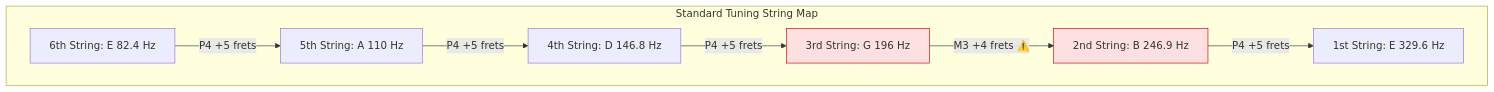
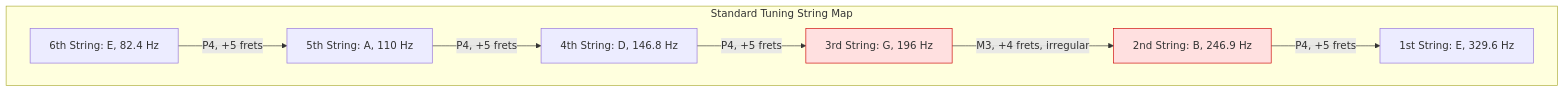
The third of 6 diagrams in topics/arts/music_performance/guitar/lesson_03_scales_and_modes.md (blebleblee/synapse), drawn with Mermaid before and after one commit. The commit also changed other lines of this file and 2 other files, not shown here.

````diff
--- a/topics/arts/music_performance/guitar/lesson_03_scales_and_modes.md
+++ b/topics/arts/music_performance/guitar/lesson_03_scales_and_modes.md
@@ -66,13 +68,13 @@
 ```mermaid
 graph TD
     subgraph sub_standard_tuning ["Standard Tuning String Map"]
-        E6["6th String: E  82.4 Hz"] -->|"P4 +5 frets"| A5["5th String: A  110 Hz"]
-        A5 -->|"P4 +5 frets"| D4["4th String: D  146.8 Hz"]
-        D4 -->|"P4 +5 frets"| G3["3rd String: G  196 Hz"]
-        G3 -->|"M3 +4 frets ⚠️"| B2["2nd String: B  246.9 Hz"]
-        B2 -->|"P4 +5 frets"| E1["1st String: E  329.6 Hz"]
+        E6["6th String: E, 82.4 Hz"] -->|"P4, +5 frets"| A5["5th String: A, 110 Hz"]
+        A5 -->|"P4, +5 frets"| D4["4th String: D, 146.8 Hz"]
+        D4 -->|"P4, +5 frets"| G3["3rd String: G, 196 Hz"]
+        G3 -->|"M3, +4 frets, irregular"| B2["2nd String: B, 246.9 Hz"]
+        B2 -->|"P4, +5 frets"| E1["1st String: E, 329.6 Hz"]
     end
 
     style G3 fill:#ffe0e0,stroke:#cc0000
     style B2 fill:#ffe0e0,stroke:#cc0000
 ```
````
